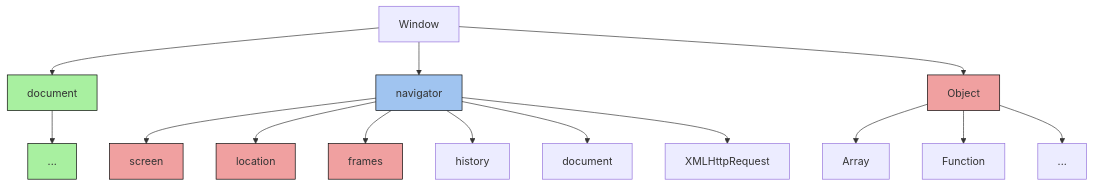
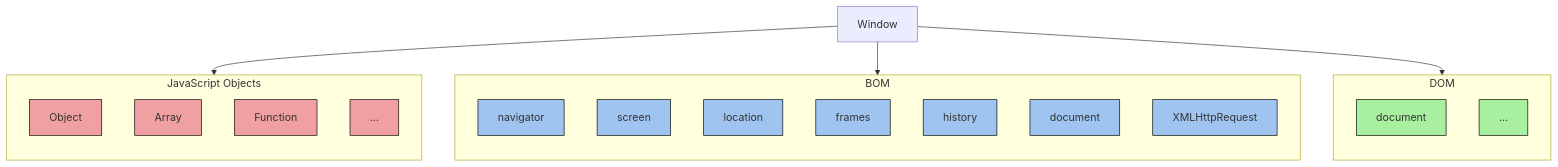
The diagram in web-browser/01-doc.md (RileyBerry7/dev-notes-md), drawn with Mermaid before and after one commit.

Commit message:
table fix 2

````diff
--- a/web-browser/01-doc.md
+++ b/web-browser/01-doc.md
@@ -16,38 +16,48 @@
 ```mermaid
-flowchart TD
-  %% Define nodes
-  A[Window]:::window
-  B[document]:::dom
-  C[navigator]:::bom
-  D[Object]:::js
+flowchart TB
+  %% Main root
+  A[Window]
 
   %% DOM Column
-  B --> B1[...]
-  
+  subgraph DOM [DOM]
+    direction TB
+    B[document]
+    B1[...]
+  end
+
   %% BOM Column
-  C --> D1[screen]
-  C --> D2[location]
-  C --> D3[frames]
-  C --> D4[history]
-  C --> D5[document]
-  C --> D6[XMLHttpRequest]
-  
+  subgraph BOM [BOM]
+    direction TB
+    C[navigator]
+    C1[screen]
+    C2[location]
+    C3[frames]
+    C4[history]
+    C5[document]
+    C6[XMLHttpRequest]
+  end
+
   %% JavaScript Objects Column
-  D --> J1[Array]
-  D --> J2[Function]
-  D --> J3[...]
+  subgraph JS [JavaScript Objects]
+    direction TB
+    D[Object]
+    D1[Array]
+    D2[Function]
+    D3[...]
+  end
 
-  %% Connections
+  %% Connect root to column heads
   A --> B
   A --> C
   A --> D
 
-  %% Styles
-  classDef dom fill:#a8f0a0,stroke:#000,stroke-width:1px;  %% green
-  classDef bom fill:#a0c4f0,stroke:#000,stroke-width:1px;  %% blue
-  classDef js fill:#f0a0a0,stroke:#000,stroke-width:1px;   %% red
-  class A window
+  %% Styling columns
+  classDef dom fill:#a8f0a0,stroke:#000,stroke-width:1px;
+  classDef bom fill:#a0c4f0,stroke:#000,stroke-width:1px;
+  classDef js fill:#f0a0a0,stroke:#000,stroke-width:1px;
+
   class B,B1 dom
   class C,C1,C2,C3,C4,C5,C6 bom
   class D,D1,D2,D3 js
+
 ```
````
